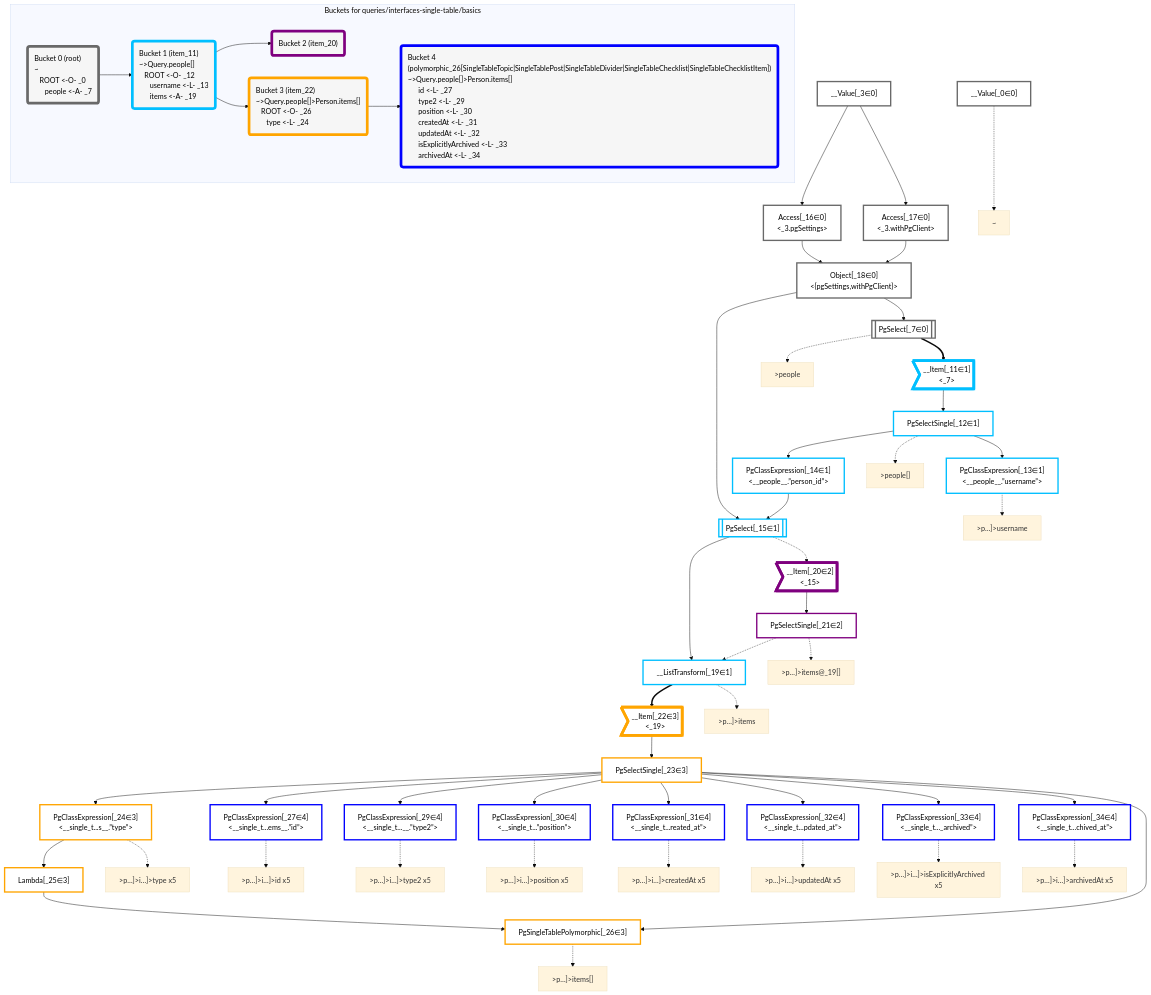
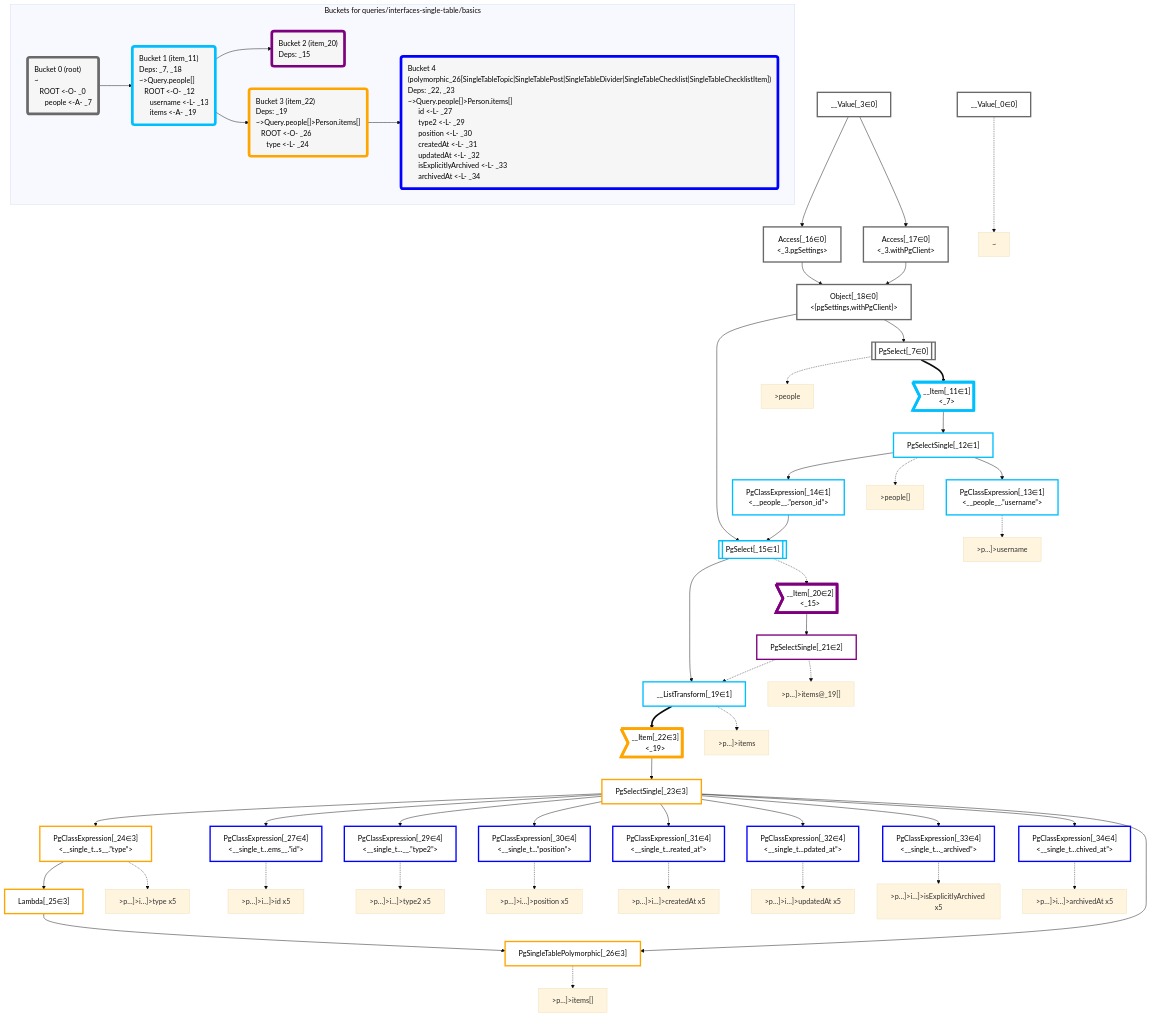
One commit to graphile/crystal changed the diagram in packages/dataplan-pg/__tests__/queries/interfaces-single-table/basics.deopt.mermaid.md. Above: the diagram before and after it, drawn with Mermaid (base theme). The commit also changed 157 other files, not shown here.

Commit message:
Add deps to all query snapshots

```diff
--- a/packages/dataplan-pg/__tests__/queries/interfaces-single-table/basics.deopt.mermaid.md
+++ b/packages/dataplan-pg/__tests__/queries/interfaces-single-table/basics.deopt.mermaid.md
@@ -112,16 +112,16 @@
     subgraph "Buckets for queries/interfaces-single-table/basics"
     Bucket0("Bucket 0 (root)<br />~<br />⠀ROOT <-O- _0<br />⠀⠀people <-A- _7"):::bucket
     style Bucket0 stroke:#696969
-    Bucket1("Bucket 1 (item_11)<br />~>Query.people[]<br />⠀ROOT <-O- _12<br />⠀⠀username <-L- _13<br />⠀⠀items <-A- _19"):::bucket
+    Bucket1("Bucket 1 (item_11)<br />Deps: _7, _18<br />~>Query.people[]<br />⠀ROOT <-O- _12<br />⠀⠀username <-L- _13<br />⠀⠀items <-A- _19"):::bucket
     style Bucket1 stroke:#00bfff
     Bucket0 --> Bucket1
-    Bucket2("Bucket 2 (item_20)"):::bucket
+    Bucket2("Bucket 2 (item_20)<br />Deps: _15"):::bucket
     style Bucket2 stroke:#7f007f
     Bucket1 --> Bucket2
-    Bucket3("Bucket 3 (item_22)<br />~>Query.people[]>Person.items[]<br />⠀ROOT <-O- _26<br />⠀⠀type <-L- _24"):::bucket
+    Bucket3("Bucket 3 (item_22)<br />Deps: _19<br />~>Query.people[]>Person.items[]<br />⠀ROOT <-O- _26<br />⠀⠀type <-L- _24"):::bucket
     style Bucket3 stroke:#ffa500
     Bucket1 --> Bucket3
-    Bucket4("Bucket 4 (polymorphic_26[SingleTableTopic|SingleTablePost|SingleTableDivider|SingleTableChecklist|SingleTableChecklistItem])<br />~>Query.people[]>Person.items[]<br />⠀⠀id <-L- _27<br />⠀⠀type2 <-L- _29<br />⠀⠀position <-L- _30<br />⠀⠀createdAt <-L- _31<br />⠀⠀updatedAt <-L- _32<br />⠀⠀isExplicitlyArchived <-L- _33<br />⠀⠀archivedAt <-L- _34"):::bucket
+    Bucket4("Bucket 4 (polymorphic_26[SingleTableTopic|SingleTablePost|SingleTableDivider|SingleTableChecklist|SingleTableChecklistItem])<br />Deps: _22, _23<br />~>Query.people[]>Person.items[]<br />⠀⠀id <-L- _27<br />⠀⠀type2 <-L- _29<br />⠀⠀position <-L- _30<br />⠀⠀createdAt <-L- _31<br />⠀⠀updatedAt <-L- _32<br />⠀⠀isExplicitlyArchived <-L- _33<br />⠀⠀archivedAt <-L- _34"):::bucket
     style Bucket4 stroke:#0000ff
     Bucket3 --> Bucket4
     end
```
